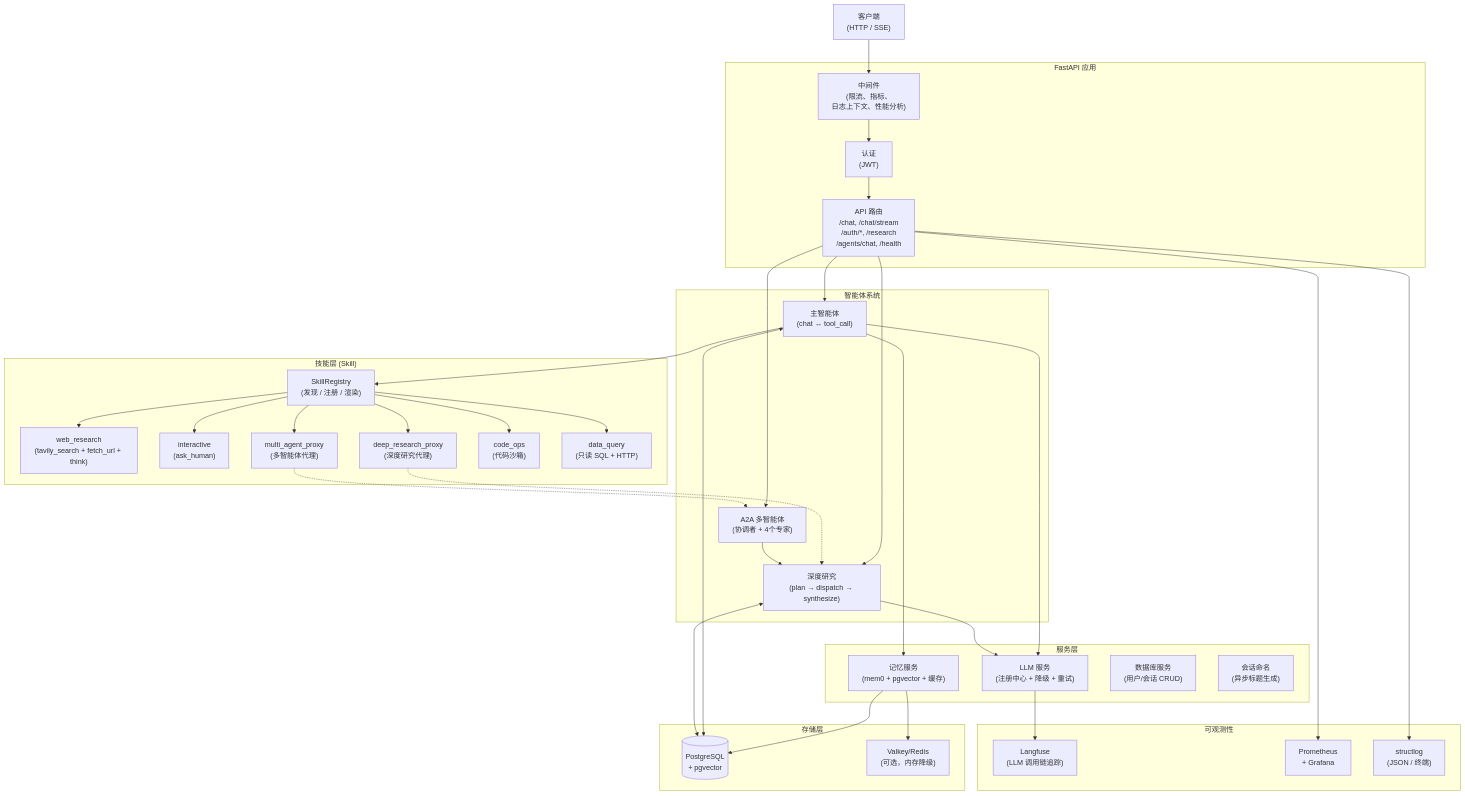
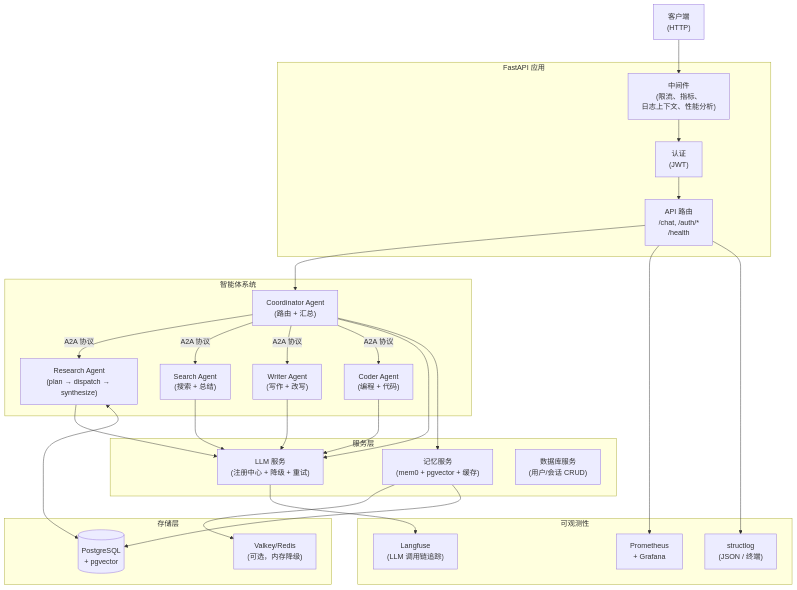
One commit to zhengyan417/YiTian_LearningCosmos changed the first of 3 diagrams in docs/architecture.md. Above: the diagram before and after it, drawn with Mermaid. The commit also changed other lines of this file and 131 other files, not shown here.

````diff
--- a/docs/architecture.md
+++ b/docs/architecture.md
@@ -5,62 +5,49 @@
 ```mermaid
 graph TB
-    Client["客户端\n(HTTP / SSE)"]
+    Client["客户端\n(HTTP)"]
 
     subgraph FastAPI["FastAPI 应用"]
         MW["中间件\n(限流、指标、\n日志上下文、性能分析)"]
         Auth["认证\n(JWT)"]
-        API["API 路由\n/chat, /chat/stream\n/auth/*, /research\n/agents/chat, /health"]
-    end
-
-    subgraph Skills["技能层 (Skill)"]
-        SK["SkillRegistry\n(发现 / 注册 / 渲染)"]
-        S1["web_research\n(tavily_search + fetch_url + think)"]
-        S2["interactive\n(ask_human)"]
-        S3["deep_research_proxy\n(深度研究代理)"]
-        S4["multi_agent_proxy\n(多智能体代理)"]
-        S5["code_ops\n(代码沙箱)"]
-        S6["data_query\n(只读 SQL + HTTP)"]
+        API["API 路由\n/chat, /auth/*\n/health"]
     end
 
     subgraph Agents["智能体系统"]
-        MainAgent["主智能体\n(chat ↔ tool_call)"]
-        DeepResearch["深度研究\n(plan → dispatch → synthesize)"]
-        A2A["A2A 多智能体\n(协调者 + 4个专家)"]
+        Coordinator["Coordinator Agent\n(路由 + 汇总)"]
+        Research["Research Agent\n(plan → dispatch → synthesize)"]
+        Search["Search Agent\n(搜索 + 总结)"]
+        Writer["Writer Agent\n(写作 + 改写)"]
+        Coder["Coder Agent\n(编程 + 代码)"]
     end
 
     subgraph Services["服务层"]
         LLM["LLM 服务\n(注册中心 + 降级 + 重试)"]
         Memory["记忆服务\n(mem0 + pgvector + 缓存)"]
         DBService["数据库服务\n(用户/会话 CRUD)"]
-        SessionNaming["会话命名\n(异步标题生成)"]
     end
 
     subgraph Storage["存储层"]
         PG[("PostgreSQL\n+ pgvector")]
         Cache["Valkey/Redis\n(可选，内存降级)"]
     end
 
     subgraph Observability["可观测性"]
         Langfuse["Langfuse\n(LLM 调用链追踪)"]
         Prometheus["Prometheus\n+ Grafana"]
         Logs["structlog\n(JSON / 终端)"]
     end
 
     Client --> MW --> Auth --> API
-    API --> MainAgent
-    API --> DeepResearch
-    API --> A2A
-    MainAgent --> SK
-    SK --> S1 & S2 & S3 & S4 & S5 & S6
-    S3 -.-> DeepResearch
-    S4 -.-> A2A
-    MainAgent --> LLM --> Langfuse
-    DeepResearch --> LLM
-    A2A --> DeepResearch
-    MainAgent --> Memory --> Cache
+    API --> Coordinator
+    Coordinator -->|A2A 协议| Research & Search & Writer & Coder
+    Research --> LLM --> Langfuse
+    Search --> LLM
+    Writer --> LLM
+    Coder --> LLM
+    Coordinator --> LLM
+    Coordinator --> Memory --> Cache
     Memory --> PG
-    MainAgent <--> PG
-    DeepResearch <--> PG
+    Research <--> PG
     API --> Prometheus
     API --> Logs
 ```
````
